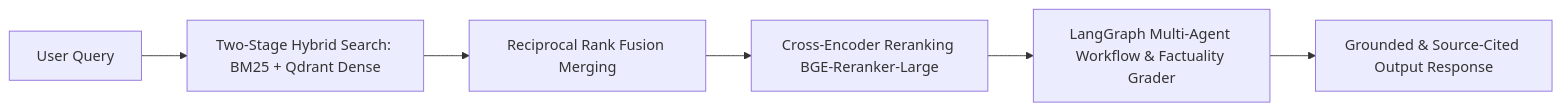
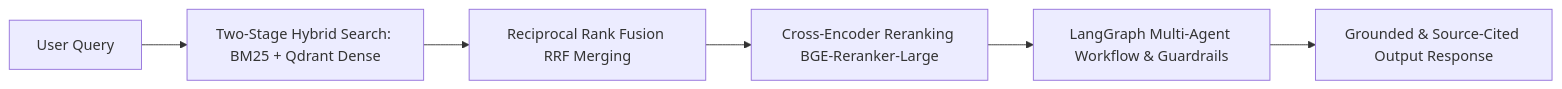
One commit to Dpjaiswal/Dpjaiswal changed the diagram in README.md. Above: the diagram before and after it, drawn with Mermaid. The commit also changed other lines of this file, not shown here.

````diff
--- a/README.md
+++ b/README.md
@@ -85,8 +66,8 @@
 ```mermaid
 graph LR
     A[User Query] --> B[Two-Stage Hybrid Search: BM25 + Qdrant Dense]
-    B --> C[Reciprocal Rank Fusion Merging]
+    B --> C[Reciprocal Rank Fusion RRF Merging]
     C --> D[Cross-Encoder Reranking BGE-Reranker-Large]
-    D --> E[LangGraph Multi-Agent Workflow & Factuality Grader]
+    D --> E[LangGraph Multi-Agent Workflow & Guardrails]
     E --> F[Grounded & Source-Cited Output Response]
 ```
````
